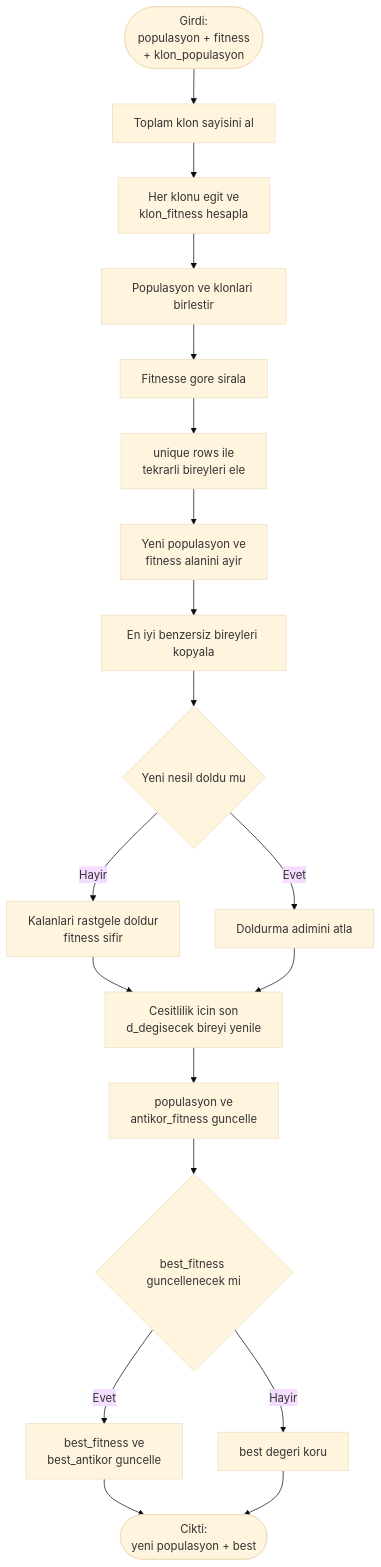
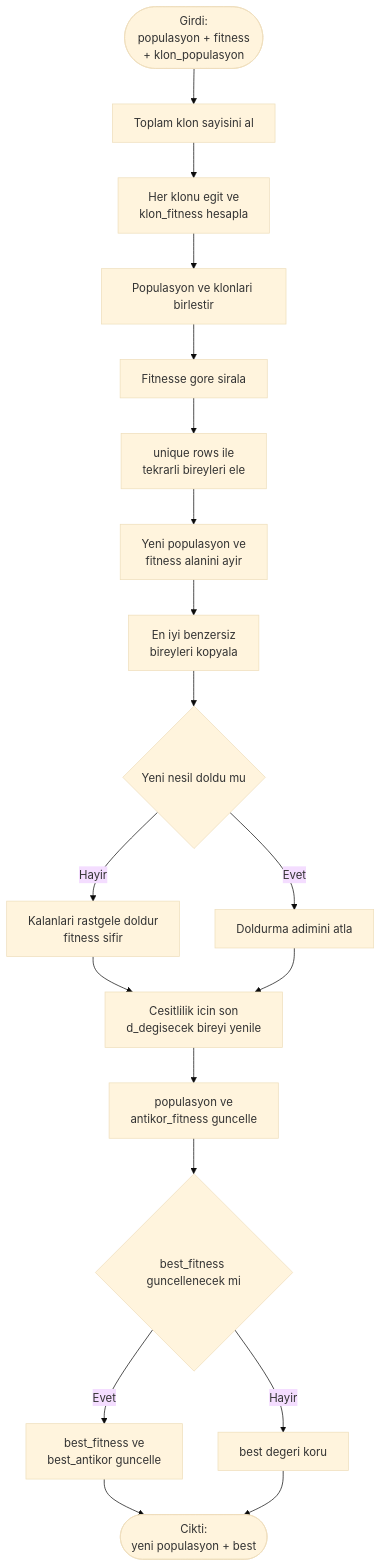
Before and after one commit to RamazanKaratut/Opt_Alg_2_Clonalg: the fourth of 4 diagrams in akis_semasi.md, drawn with Mermaid (base theme). The commit also changed other lines of this file, not shown here.

````diff
--- a/akis_semasi.md
+++ b/akis_semasi.md
@@ -77,21 +77,21 @@
 ```mermaid
 flowchart TD
     A([Girdi:<br/>populasyon + fitness<br/>+ klon_populasyon]) --> B[Toplam klon sayisini al]
     B --> C[Her klonu egit ve<br/>klon_fitness hesapla]
     C --> D[Populasyon ve klonlari birlestir]
     D --> E[Fitnesse gore sirala]
     E --> F[unique rows ile<br/>tekrarli bireyleri ele]
     F --> G[Yeni populasyon ve<br/>fitness alanini ayir]
-    G --> H[En iyi benzersiz bireyleri kopyala]
+    G --> H[En iyi benzersiz<br/>bireyleri kopyala]
     H --> I{Yeni nesil doldu mu}
     I -- Hayir --> J[Kalanlari rastgele doldur<br/>fitness sifir]
     I -- Evet --> K[Doldurma adimini atla]
     J --> L[Cesitlilik icin son<br/>d_degisecek bireyi yenile]
     K --> L
     L --> M[populasyon ve<br/>antikor_fitness guncelle]
     M --> N{best_fitness guncellenecek mi}
     N -- Evet --> O[best_fitness ve<br/>best_antikor guncelle]
     N -- Hayir --> P[best degeri koru]
     O --> Q([Cikti:<br/>yeni populasyon + best])
     P --> Q
 ```
````
